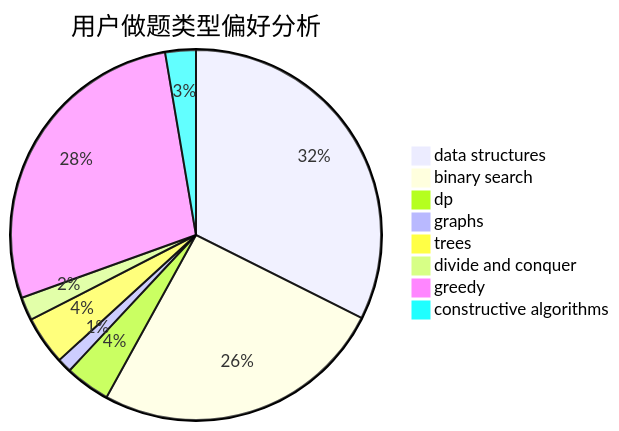
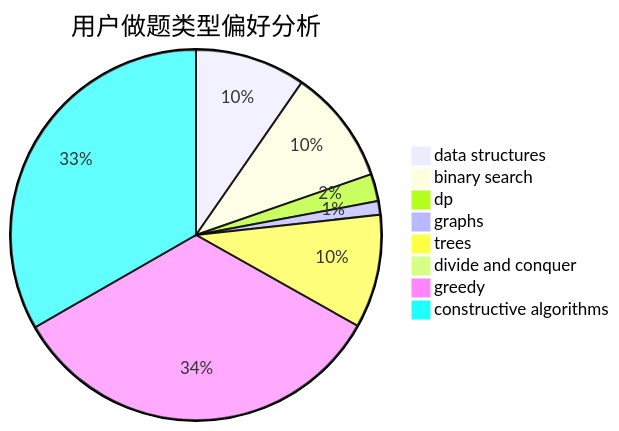
The second of 3 diagrams in docs/user/u2240.md (sherpahu/cfrs.github.io), drawn with Mermaid before and after one commit. The commit also changed other lines of this file and 2770 other files, not shown here.

````diff
--- a/docs/user/u2240.md
+++ b/docs/user/u2240.md
@@ -23,11 +23,11 @@
 ```mermaid
 pie title 用户做题类型偏好分析
-    "data structures" :  206
-    "binary search" :  163
-    "dp" :  25
-    "graphs" :  8
-    "trees" :  27
-    "divide and conquer" :  13
-    "greedy" :  177
-    "constructive algorithms" :  17
+    "data structures" :  73
+    "binary search" :  76
+    "dp" :  18
+    "graphs" :  9
+    "trees" :  75
+    "divide and conquer" :  0
+    "greedy" :  254
+    "constructive algorithms" :  252
 ```
````
